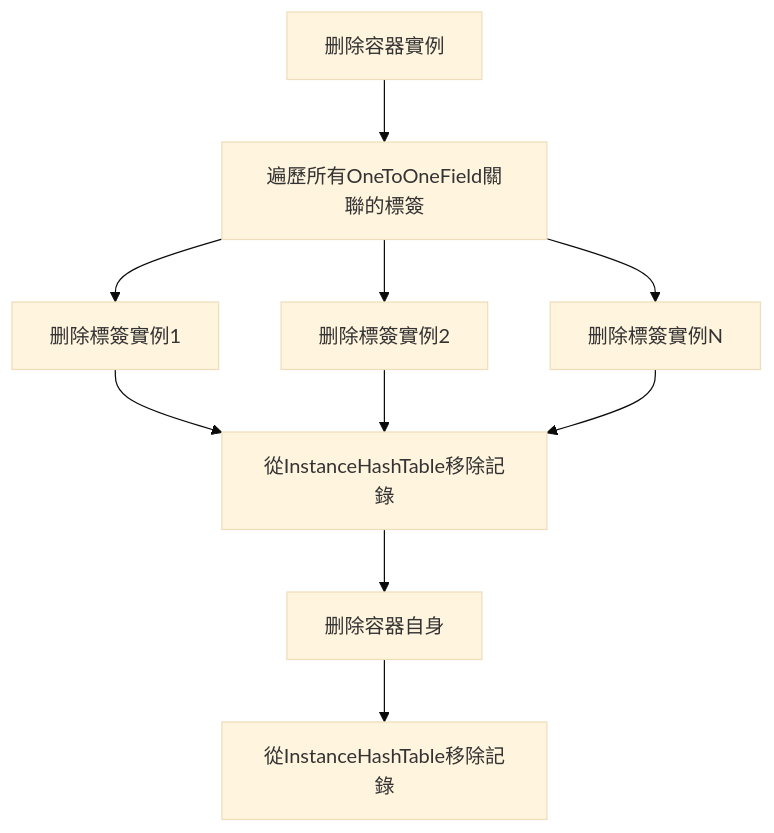
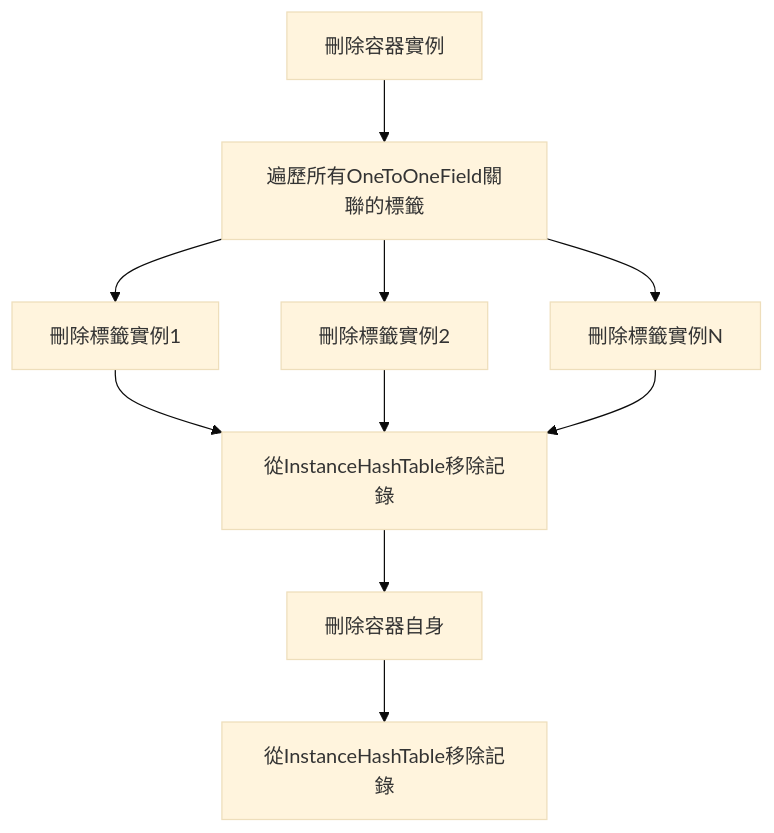
Diagram 19 of 48 in readme.md (lizzary/Quantitative-Strategy-Management-and-Monitoring-System-Platform), drawn with Mermaid (base theme) before and after one commit. The commit also changed other lines of this file, not shown here.

````diff
--- a/readme.md
+++ b/readme.md
@@ -1399,12 +1400,12 @@
 ```mermaid
 flowchart TD
-    A[删除容器實例] --> B[遍歷所有OneToOneField關聯的標簽]
-    B --> C[删除標簽實例1]
-    B --> D[删除標簽實例2]
-    B --> E[删除標簽實例N]
+    A[刪除容器實例] --> B[遍歷所有OneToOneField關聯的標籤]
+    B --> C[刪除標籤實例1]
+    B --> D[刪除標籤實例2]
+    B --> E[刪除標籤實例N]
     C --> F[從InstanceHashTable移除記錄]
     D --> F
     E --> F
-    F --> G[删除容器自身]
+    F --> G[刪除容器自身]
     G --> H[從InstanceHashTable移除記錄]
 ```
````
